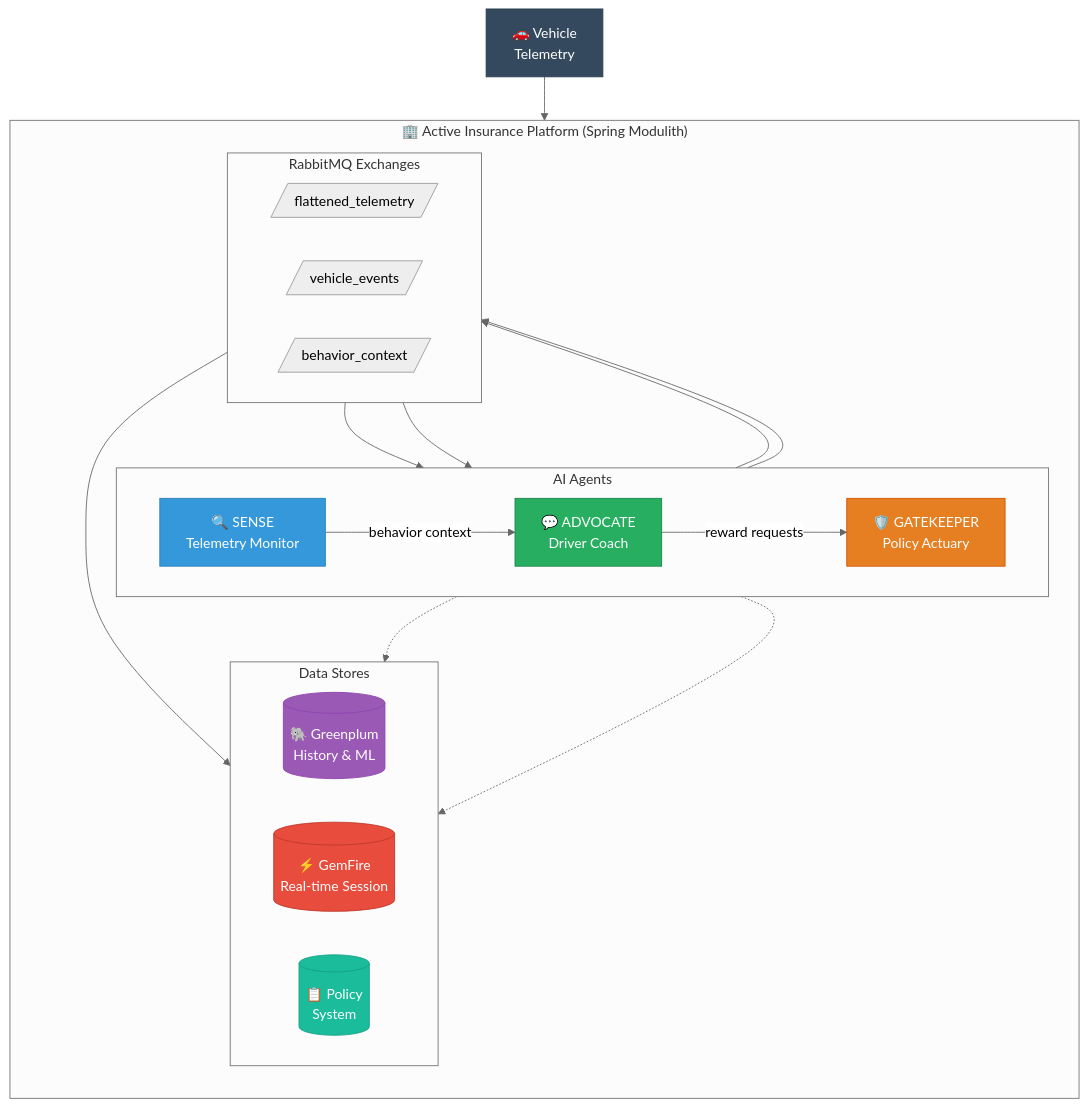
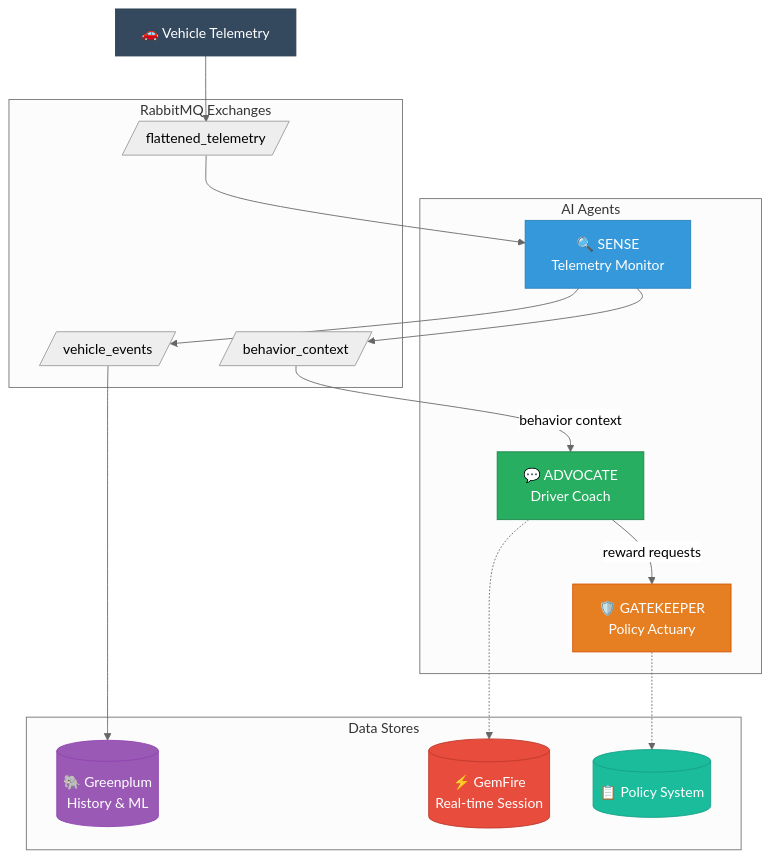
Before and after one commit to dbbaskette/active-insurance: the diagram in README.md, drawn with Mermaid (neutral theme).

Commit message:
Fix Mermaid diagram layout - remove nested subgraphs
🤖 Generated with [Claude Code](https://claude.com/claude-code)

````diff
--- a/README.md
+++ b/README.md
@@ -11,47 +11,43 @@
 ```mermaid
 flowchart TB
-    subgraph platform["🏢 Active Insurance Platform (Spring Modulith)"]
-        direction TB
+    vehicle["🚗 Vehicle Telemetry"]
 
-        subgraph agents["AI Agents"]
-            direction LR
-            sense["🔍 SENSE<br/>Telemetry Monitor"]
-            advocate["💬 ADVOCATE<br/>Driver Coach"]
-            gatekeeper["🛡️ GATEKEEPER<br/>Policy Actuary"]
-        end
+    vehicle --> ex1
 
-        sense -->|behavior context| advocate
-        advocate -->|reward requests| gatekeeper
-
-        subgraph messaging["RabbitMQ Exchanges"]
-            direction LR
-            ex1[/"flattened_telemetry"/]
-            ex2[/"vehicle_events"/]
-            ex3[/"behavior_context"/]
-        end
-
-        subgraph datastores["Data Stores"]
-            direction LR
-            gp[("🐘 Greenplum<br/>History & ML")]
-            gf[("⚡ GemFire<br/>Real-time Session")]
-            ps[("📋 Policy<br/>System")]
-        end
+    subgraph exchanges["RabbitMQ Exchanges"]
+        ex1[/"flattened_telemetry"/]
+        ex2[/"vehicle_events"/]
+        ex3[/"behavior_context"/]
     end
 
-    vehicle["🚗 Vehicle<br/>Telemetry"] --> ex1
     ex1 --> sense
+
+    subgraph agents["AI Agents"]
+        sense["🔍 SENSE<br/>Telemetry Monitor"]
+        advocate["💬 ADVOCATE<br/>Driver Coach"]
+        gatekeeper["🛡️ GATEKEEPER<br/>Policy Actuary"]
+    end
+
     sense --> ex2
     sense --> ex3
+    ex3 -->|behavior context| advocate
+    advocate -->|reward requests| gatekeeper
+
+    subgraph datastores["Data Stores"]
+        gp[("🐘 Greenplum<br/>History & ML")]
+        gf[("⚡ GemFire<br/>Real-time Session")]
+        ps[("📋 Policy System")]
+    end
+
     ex2 --> gp
-    ex3 --> advocate
     advocate -.-> gf
     gatekeeper -.-> ps
 
     style sense fill:#3498db,stroke:#2980b9,color:#fff
     style advocate fill:#27ae60,stroke:#1e8449,color:#fff
     style gatekeeper fill:#e67e22,stroke:#d35400,color:#fff
     style gp fill:#9b59b6,stroke:#8e44ad,color:#fff
     style gf fill:#e74c3c,stroke:#c0392b,color:#fff
     style ps fill:#1abc9c,stroke:#16a085,color:#fff
     style vehicle fill:#34495e,stroke:#2c3e50,color:#fff
 ```
````
